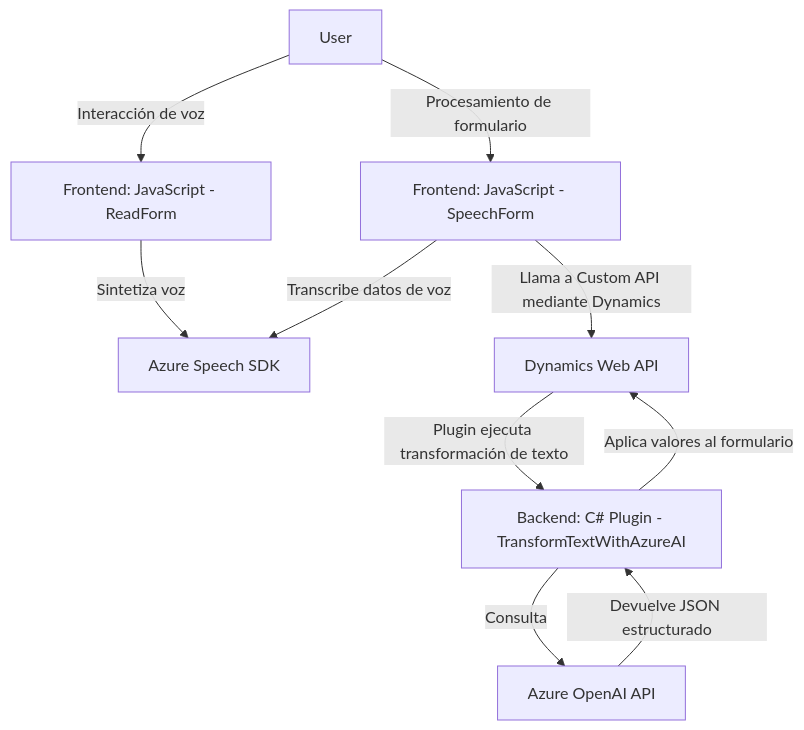
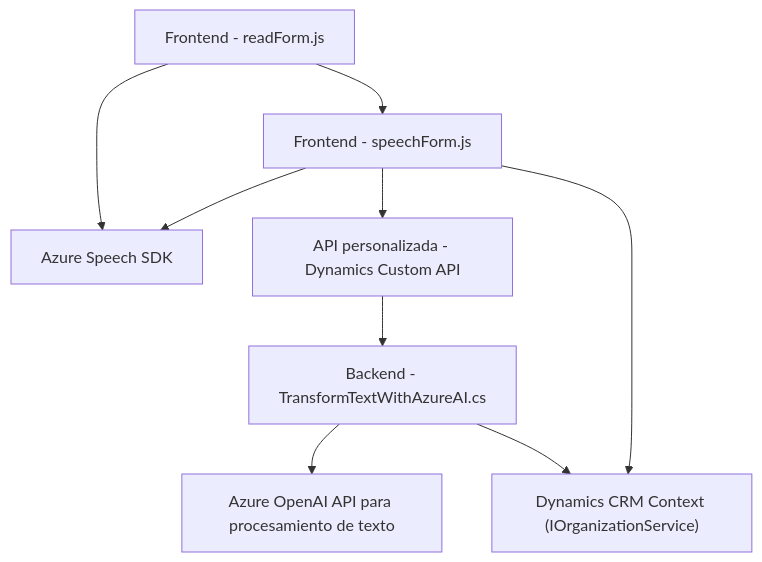
The diagram in README.md (blopezdm/NETCORE_BILBAO2025), drawn with Mermaid before and after one commit. The commit also changed other lines of this file, not shown here.

````diff
--- a/README.md
+++ b/README.md
@@ -30,12 +38,11 @@
 ```mermaid
 graph TD
-    A["User"] -->|Interacción de voz| B["Frontend: JavaScript - ReadForm"]
-    A -->|Procesamiento de formulario| C["Frontend: JavaScript - SpeechForm"]
-    B -->|Sintetiza voz| D["Azure Speech SDK"]
-    C -->|Transcribe datos de voz| D
-    C -->|"Llama a Custom API mediante Dynamics"| E["Dynamics Web API"]
-    E -->|Plugin ejecuta transformación de texto| F["Backend: C# Plugin - TransformTextWithAzureAI"]
-    F -->|Consulta| G["Azure OpenAI API"]
-    G -->|Devuelve JSON estructurado| F
-    F -->|Aplica valores al formulario| E
+    A["Frontend - readForm.js"] --> B["Azure Speech SDK"]
+    C["Frontend - speechForm.js"] --> B
+    C-->D["API personalizada - Dynamics Custom API"]
+    D --> E["Backend - TransformTextWithAzureAI.cs"]
+    E --> F["Azure OpenAI API para procesamiento de texto"]
+    E --> G["Dynamics CRM Context (IOrganizationService)"]
+    C --> G
+    A --> C
 ```
````
